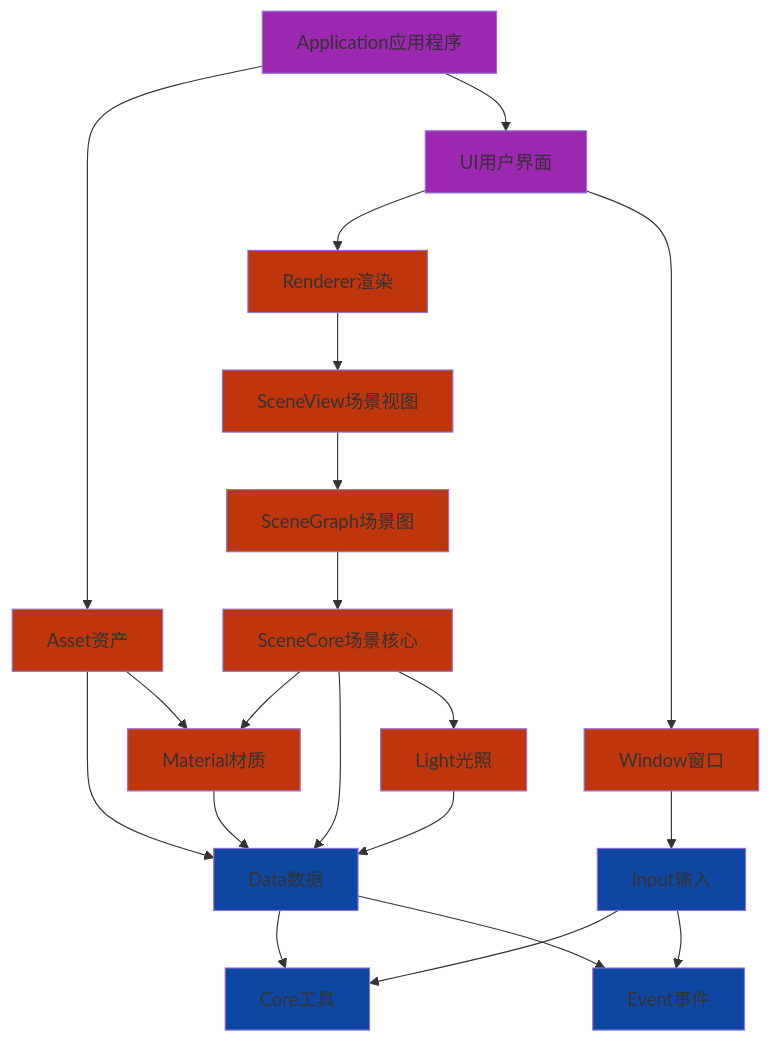
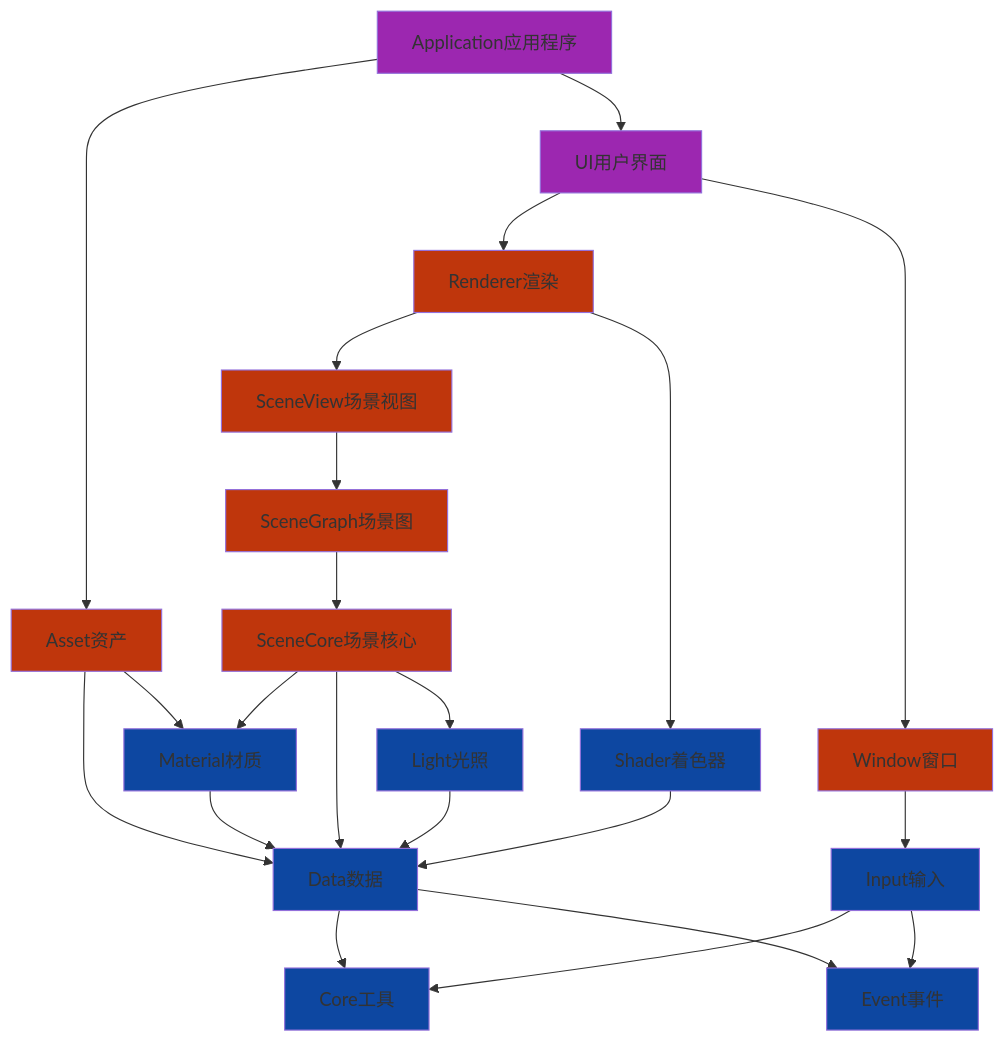
Before and after one commit to mite085/MiteEngine: the first of 11 diagrams in Design.md, drawn with Mermaid. The commit also changed other lines of this file, not shown here.

`````diff
--- a/Design.md
+++ b/Design.md
@@ -68,52 +74,54 @@
 ```mermaid
 graph TD
     %% 最底层模块
     Core[Core工具]
     Event[Event事件]
     
     %% 第二层：仅依赖最底层
     Input[Input输入] --> Core
     Input --> Event
     Data[Data数据] --> Core
     Data --> Event
     
     %% 第三层：依赖Data和最底层
     Material[Material材质] --> Data
     Light[Light光照] --> Data
+    Shader[Shader着色器] --> Data
     
     %% 第四层：依赖Material/Light和SceneCore
     Asset[Asset资产] --> Data
     Asset --> Material
     SceneCore[SceneCore场景核心] --> Material
     SceneCore --> Data
     SceneCore --> Light
     
     %% 第五层：依赖SceneCore
     SceneGraph[SceneGraph场景图] --> SceneCore
     
     %% 第六层：依赖SceneGraph和SceneCore
     SceneView[SceneView场景视图] --> SceneGraph
     
     %% 第七层：依赖SceneView
     Renderer[Renderer渲染] --> SceneView
+    Renderer --> Shader
     
     %% 第八层：依赖最底层和Input
     Window[Window窗口] --> Input
     
     %% 第九层：依赖Renderer和Window
     UI[UI用户界面] --> Renderer
     UI --> Window
     
     %% 最顶层：依赖所有功能模块
     Application[Application应用程序] --> Asset
     Application --> UI
 
     %% 样式定义
     classDef bottom fill:#0d47a1
     classDef middle fill:#bf360c
     classDef top fill:#9c27b0
     
-    class Input,Data,Core,Event bottom
-    class Command,Material,Light,Asset,SceneCore,SceneGraph,SceneSerializer,SceneView,Renderer,Window middle
+    class Input,Data,Core,Event,Material,Light,Shader bottom
+    class Asset,SceneCore,SceneGraph,SceneSerializer,SceneView,Renderer,Window middle
     class UI,Application top
 ````
`````
